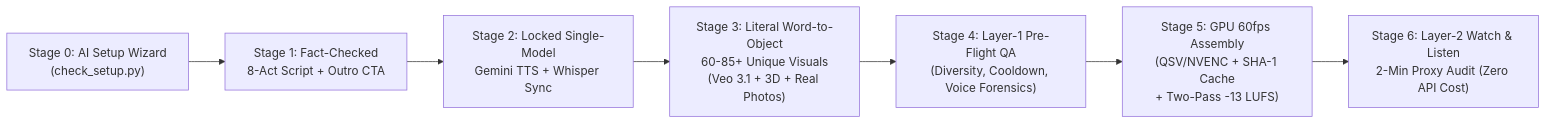
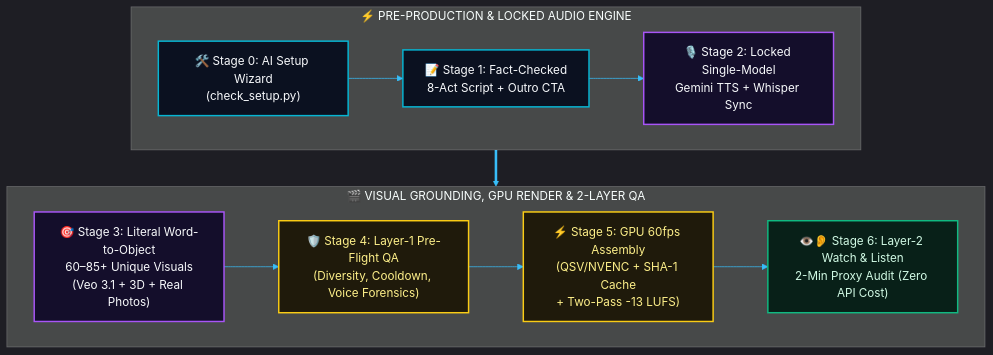
Before and after one commit to gmakercodeby-arch/ai-documentary-video-studio-skill: the diagram in README.md, drawn with Mermaid. The commit also changed other lines of this file, not shown here.

````diff
--- a/README.md
+++ b/README.md
@@ -39,9 +113,28 @@
 ```mermaid
-flowchart LR
-    A["Stage 0: AI Setup Wizard\n(check_setup.py)"] --> B["Stage 1: Fact-Checked\n8-Act Script + Outro CTA"]
-    B --> C["Stage 2: Locked Single-Model\nGemini TTS + Whisper Sync"]
-    C --> D["Stage 3: Literal Word-to-Object\n60-85+ Unique Visuals\n(Veo 3.1 + 3D + Real Photos)"]
-    D --> E["Stage 4: Layer-1 Pre-Flight QA\n(Diversity, Cooldown, Voice Forensics)"]
-    E --> F["Stage 5: GPU 60fps Assembly\n(QSV/NVENC + SHA-1 Cache\n+ Two-Pass -13 LUFS)"]
-    F --> G["Stage 6: Layer-2 Watch & Listen\n2-Min Proxy Audit (Zero API Cost)"]
+%%{init: {'theme': 'dark', 'themeVariables': {'primaryColor': '#0F172A', 'primaryTextColor': '#F8FAFC', 'lineColor': '#38BDF8', 'secondaryColor': '#1E1B4B', 'tertiaryColor': '#0B1120'}}}%%
+flowchart TD
+    subgraph S1 [" ⚡ PRE-PRODUCTION & LOCKED AUDIO ENGINE "]
+        direction LR
+        A["🛠️ Stage 0: AI Setup Wizard<br/>(check_setup.py)"] --> B["📝 Stage 1: Fact-Checked<br/>8-Act Script + Outro CTA"]
+        B --> C["🎙️ Stage 2: Locked Single-Model<br/>Gemini TTS + Whisper Sync"]
+    end
+
+    subgraph S2 [" 🎬 VISUAL GROUNDING, GPU RENDER & 2-LAYER QA "]
+        direction LR
+        D["🎯 Stage 3: Literal Word-to-Object<br/>60–85+ Unique Visuals<br/>(Veo 3.1 + 3D + Real Photos)"] --> E["🛡️ Stage 4: Layer-1 Pre-Flight QA<br/>(Diversity, Cooldown, Voice Forensics)"]
+        E --> F["⚡ Stage 5: GPU 60fps Assembly<br/>(QSV/NVENC + SHA-1 Cache<br/>+ Two-Pass -13 LUFS)"]
+        F --> G["👁️👂 Stage 6: Layer-2 Watch & Listen<br/>2-Min Proxy Audit (Zero API Cost)"]
+    end
+
+    C ==> D
+
+    classDef cyan fill:#0B1120,stroke:#06B6D4,stroke-width:2px,color:#F8FAFC;
+    classDef purple fill:#140E2B,stroke:#A855F7,stroke-width:2px,color:#F8FAFC;
+    classDef gold fill:#1F1A0B,stroke:#FACC15,stroke-width:2px,color:#FEF08A;
+    classDef green fill:#082018,stroke:#10B981,stroke-width:2px,color:#D1FAE5;
+
+    class A,B cyan;
+    class C,D purple;
+    class E,F gold;
+    class G green;
 ```
````
